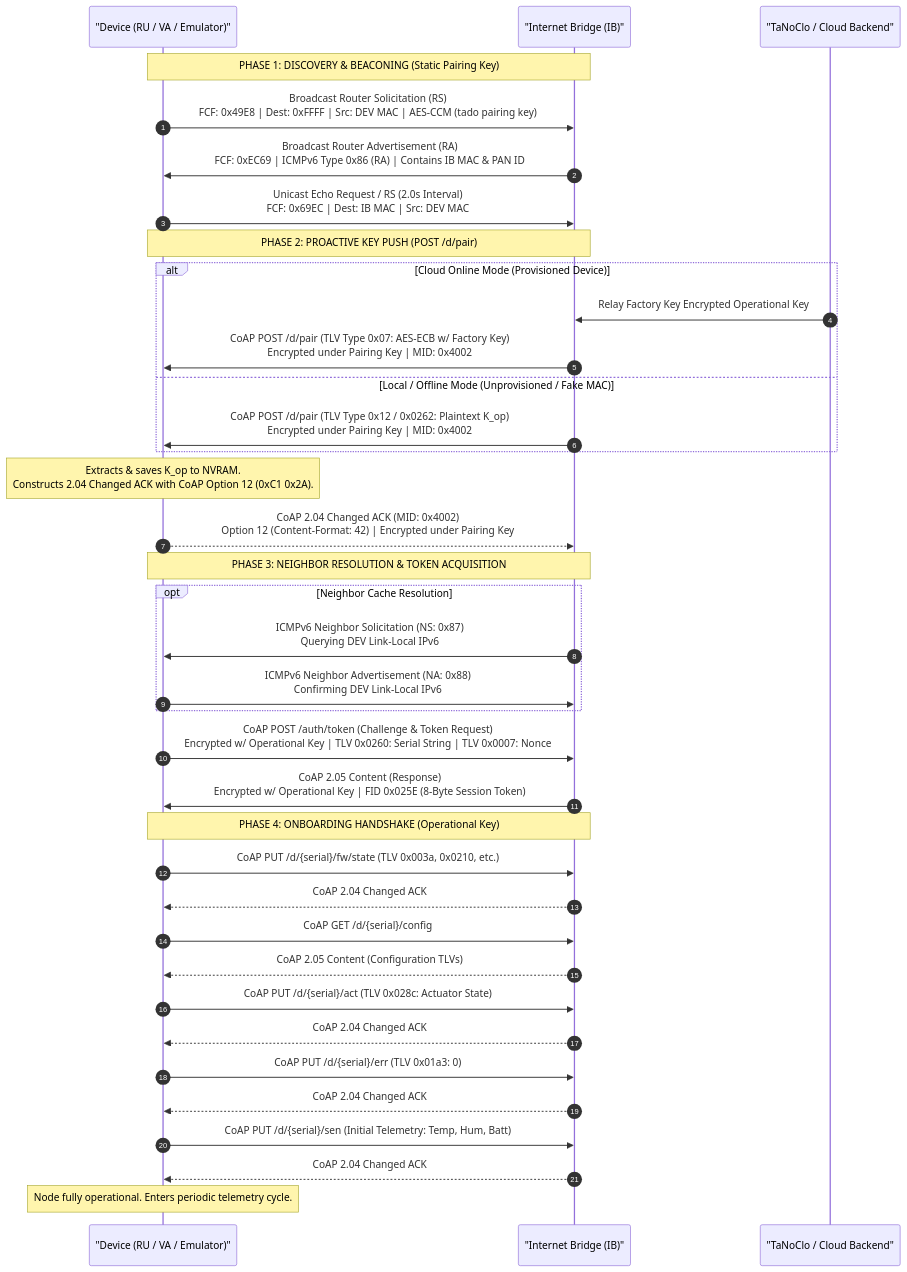
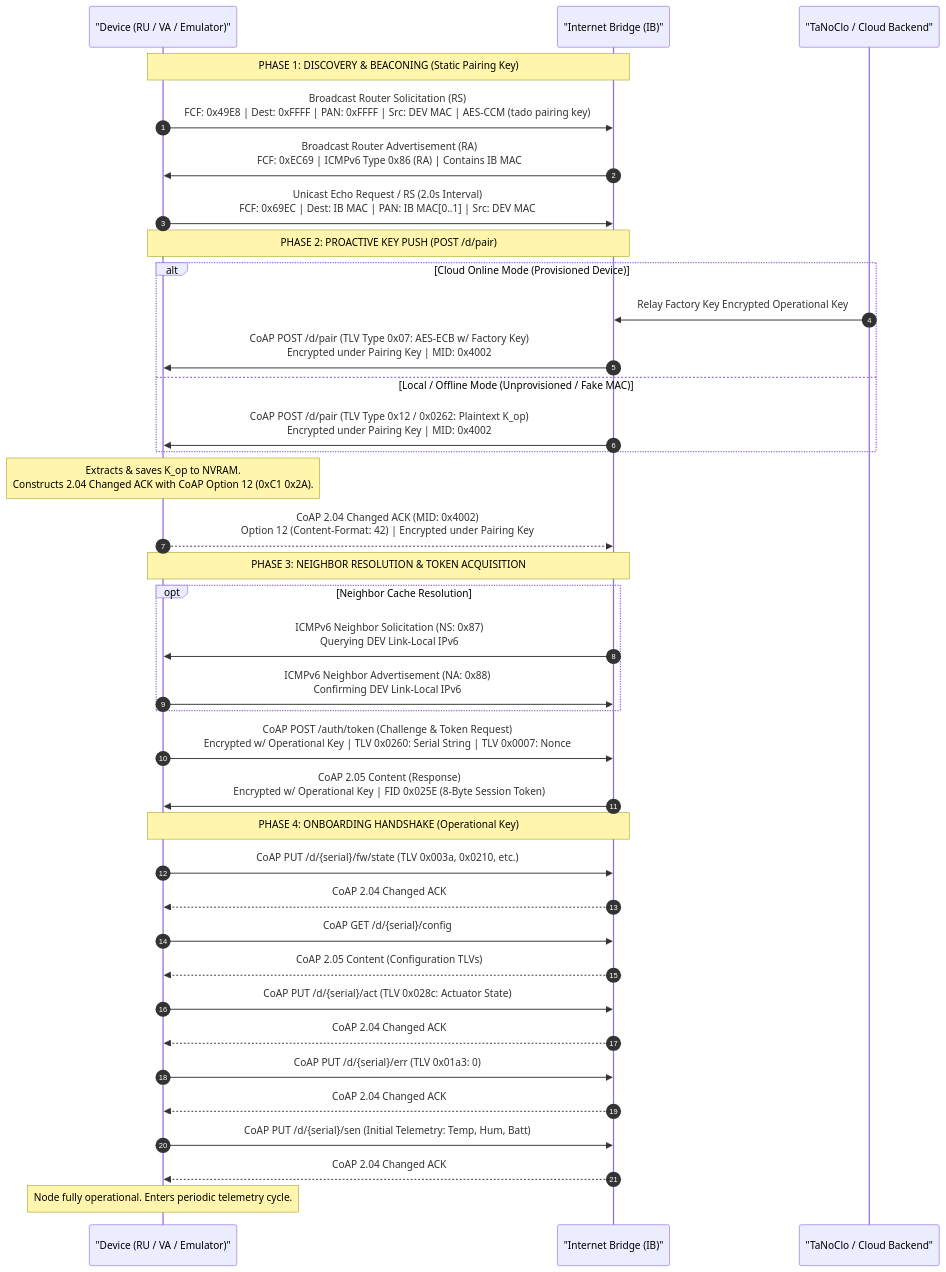
The diagram in docs/pairing.md (tanoclo/tanoclo), drawn with Mermaid before and after one commit. The commit also changed other lines of this file and 41 other files, not shown here.

````diff
--- a/docs/pairing.md
+++ b/docs/pairing.md
@@ -27,43 +27,43 @@
 ```mermaid
 sequenceDiagram
     autonumber
     participant DEV as "Device (RU / VA / Emulator)"
     participant IB as "Internet Bridge (IB)"
     participant Cloud as "TaNoClo / Cloud Backend"
 
     Note over DEV, IB: PHASE 1: DISCOVERY & BEACONING (Static Pairing Key)
-    DEV->>IB: Broadcast Router Solicitation (RS)<br/>FCF: 0x49E8 | Dest: 0xFFFF | Src: DEV MAC | AES-CCM (tado pairing key)
-    IB->>DEV: Broadcast Router Advertisement (RA)<br/>FCF: 0xEC69 | ICMPv6 Type 0x86 (RA) | Contains IB MAC & PAN ID
-    DEV->>IB: Unicast Echo Request / RS (2.0s Interval)<br/>FCF: 0x69EC | Dest: IB MAC | Src: DEV MAC
+    DEV->>IB: Broadcast Router Solicitation (RS)<br/>FCF: 0x49E8 | Dest: 0xFFFF | PAN: 0xFFFF | Src: DEV MAC | AES-CCM (tado pairing key)
+    IB->>DEV: Broadcast Router Advertisement (RA)<br/>FCF: 0xEC69 | ICMPv6 Type 0x86 (RA) | Contains IB MAC
+    DEV->>IB: Unicast Echo Request / RS (2.0s Interval)<br/>FCF: 0x69EC | Dest: IB MAC | PAN: IB MAC[0..1] | Src: DEV MAC
 
     Note over DEV, IB: PHASE 2: PROACTIVE KEY PUSH (POST /d/pair)
     alt Cloud Online Mode (Provisioned Device)
         Cloud->>IB: Relay Factory Key Encrypted Operational Key
         IB->>DEV: CoAP POST /d/pair (TLV Type 0x07: AES-ECB w/ Factory Key)<br/>Encrypted under Pairing Key | MID: 0x4002
     else Local / Offline Mode (Unprovisioned / Fake MAC)
         IB->>DEV: CoAP POST /d/pair (TLV Type 0x12 / 0x0262: Plaintext K_op)<br/>Encrypted under Pairing Key | MID: 0x4002
     end
     Note over DEV: Extracts & saves K_op to NVRAM.<br/>Constructs 2.04 Changed ACK with CoAP Option 12 (0xC1 0x2A).
     DEV-->>IB: CoAP 2.04 Changed ACK (MID: 0x4002)<br/>Option 12 (Content-Format: 42) | Encrypted under Pairing Key
 
     Note over DEV, IB: PHASE 3: NEIGHBOR RESOLUTION & TOKEN ACQUISITION
     opt Neighbor Cache Resolution
         IB->>DEV: ICMPv6 Neighbor Solicitation (NS: 0x87)<br/>Querying DEV Link-Local IPv6
         DEV->>IB: ICMPv6 Neighbor Advertisement (NA: 0x88)<br/>Confirming DEV Link-Local IPv6
     end
     DEV->>IB: CoAP POST /auth/token (Challenge & Token Request)<br/>Encrypted w/ Operational Key | TLV 0x0260: Serial String | TLV 0x0007: Nonce
     IB->>DEV: CoAP 2.05 Content (Response)<br/>Encrypted w/ Operational Key | FID 0x025E (8-Byte Session Token)
 
     Note over DEV, IB: PHASE 4: ONBOARDING HANDSHAKE (Operational Key)
     DEV->>IB: CoAP PUT /d/{serial}/fw/state (TLV 0x003a, 0x0210, etc.)
     IB-->>DEV: CoAP 2.04 Changed ACK
     DEV->>IB: CoAP GET /d/{serial}/config
     IB-->>DEV: CoAP 2.05 Content (Configuration TLVs)
     DEV->>IB: CoAP PUT /d/{serial}/act (TLV 0x028c: Actuator State)
     IB-->>DEV: CoAP 2.04 Changed ACK
     DEV->>IB: CoAP PUT /d/{serial}/err (TLV 0x01a3: 0)
     IB-->>DEV: CoAP 2.04 Changed ACK
     DEV->>IB: CoAP PUT /d/{serial}/sen (Initial Telemetry: Temp, Hum, Batt)
     IB-->>DEV: CoAP 2.04 Changed ACK
     Note over DEV: Node fully operational. Enters periodic telemetry cycle.
 ```
````
